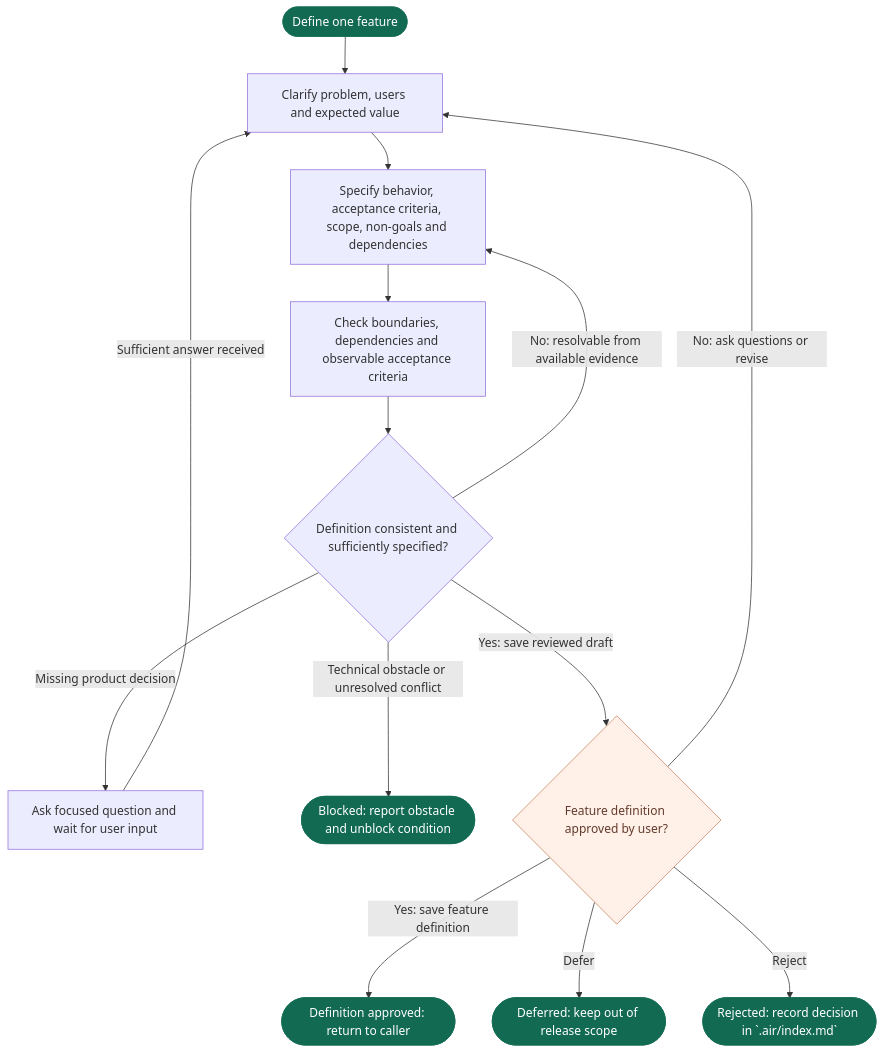
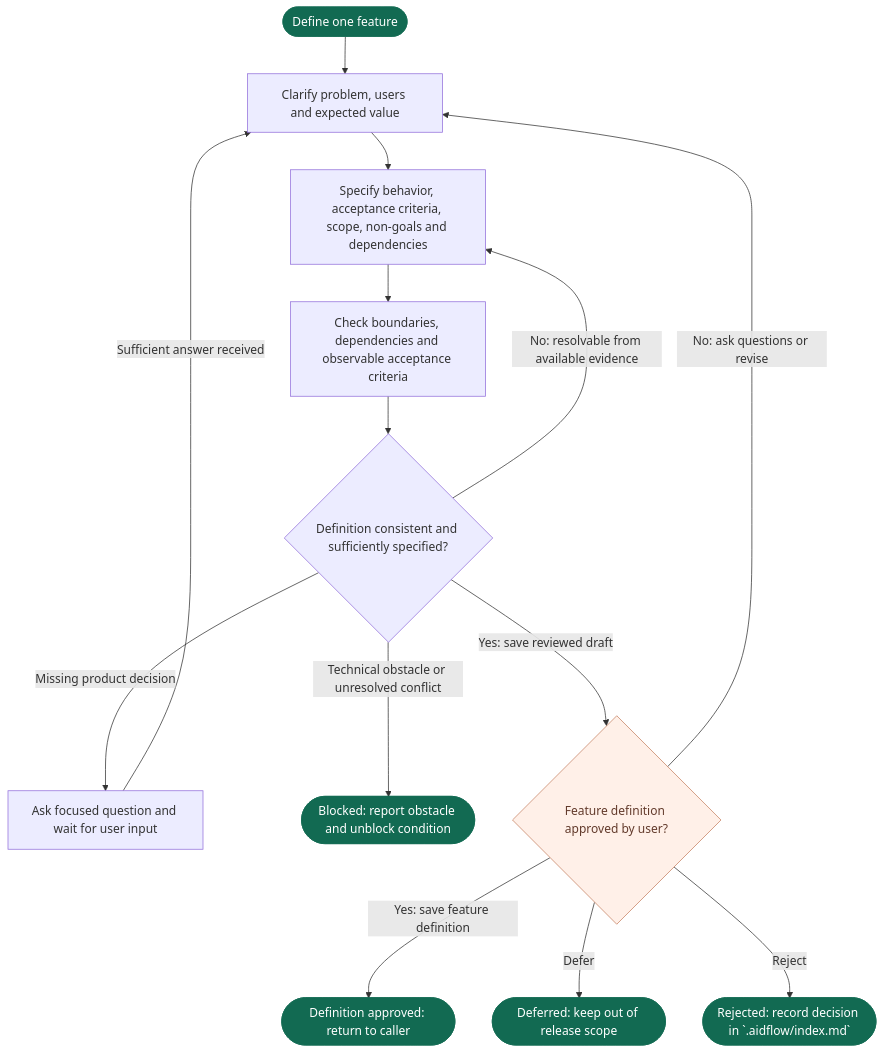
Before and after one commit to vanlangenlabs/aidflow: the diagram in flows/definition.mmd, drawn with Mermaid. The commit also changed 23 other files, not shown here.

Commit message:
Rename AIRFlow to AIDFlow and migrate workspace paths

```diff
--- a/flows/definition.mmd
+++ b/flows/definition.mmd
@@ -1,54 +1,54 @@
 flowchart TD
     start([Define one feature]) --> clarify[Clarify problem, users and expected value]
     clarify --> specify[Specify behavior, acceptance criteria, scope, non-goals and dependencies]
-%% @airflow-context specify
+%% @aidflow-context specify
 %% Write one independently deliverable feature Definition using the canonical
 %% record outline below. Make acceptance criteria observable and
 %% testable; record dependencies, constraints, non-goals and unresolved questions.
 
-%% Record path: `.air/features/<feature-id>/definition.md`.
+%% Record path: `.aidflow/features/<feature-id>/definition.md`.
 %% Record outline: Proposal source; Problem and user outcome; In scope; Out of scope; Acceptance criteria; Dependencies and constraints; Open questions; Decisions and evidence.
 %% Mutable statuses belong in the index. Example IDs and versions are placeholders.
-%% @end-airflow-context
+%% @end-aidflow-context
     specify --> review[Check boundaries, dependencies and observable acceptance criteria]
     review --> quality{Definition consistent and sufficiently specified?}
     quality -- No: resolvable from available evidence --> specify
     quality -- Missing product decision --> awaitingInput[Ask focused question and wait for user input]
     awaitingInput -- Sufficient answer received --> clarify
     quality -- Technical obstacle or unresolved conflict --> blocked([Blocked: report obstacle and unblock condition])
-%% @airflow-context awaitingInput
-%% Follow the Question protocol in `reference/interaction.md` (relative to airflow.md).
+%% @aidflow-context awaitingInput
+%% Follow the Question protocol in `reference/interaction.md` (relative to aidflow.md).
 %% Save interaction awaiting-input, execution waiting-human, this node and the
-%% caller stack in `.air/index.md`. Keep the Definition draft; do not return to
+%% caller stack in `.aidflow/index.md`. Keep the Definition draft; do not return to
 %% the caller while waiting. Partial answers stay here. Once sufficient input
 %% arrives, return to clarify, revise and self-review before requesting approval.
-%% @end-airflow-context
+%% @end-aidflow-context
     quality -- Yes: save reviewed draft --> definitionApproval{Feature definition approved by user?}
-%% @airflow-context review
+%% @aidflow-context review
 %% Resolve omissions from existing approved context where possible. Ensure each
 %% acceptance criterion is observable, scope/non-goals agree, dependencies are
 %% explicit and no unresolved question prevents design. Never invent requirements
 %% or ask the human to perform this completeness check for the AI.
-%% @end-airflow-context
+%% @end-aidflow-context
     definitionApproval -- No: ask questions or revise --> clarify
     definitionApproval -- Yes: save feature definition --> definitionReady([Definition approved: return to caller])
     definitionApproval -- Defer --> deferred([Deferred: keep out of release scope])
-    definitionApproval -- Reject --> rejected([Rejected: record decision in `.air/index.md`])
-%% @airflow-context definitionApproval
+    definitionApproval -- Reject --> rejected([Rejected: record decision in `.aidflow/index.md`])
+%% @aidflow-context definitionApproval
 %% Initial approval permits backlog entry; revised approval restores selected
 %% status only with valid scope membership, using Project impact rules. Bind
-%% approval to the exact Definition digest and record its evidence in `.air/index.md`
-%% using `reference/approvals.md` (relative to airflow.md). Defer/reject decisions are
+%% approval to the exact Definition digest and record its evidence in `.aidflow/index.md`
+%% using `reference/approvals.md` (relative to aidflow.md). Defer/reject decisions are
 %% recorded but never included in a release scope.
 
 %% Feature transitions owned by this phase:
 %% - `clarifying` -> `backlog`: Human approves the exact Definition; no valid active release membership remains.
 %% - `clarifying` -> `selected`: Revised Definition approved; feature remains in a valid approved scope. Revalidate dependent Design before work.
 %% - `clarifying` -> `deferred` / `rejected`: Explicit human decision; unapproved Definition stays `draft`. Re-scope any containing release before continuing.
 %% - `backlog` / `selected` / `implementing` / `verifying` / `verified` -> `clarifying`: Material Definition change; invalidate its approval and assess dependent scope/Design/checks.
-%% @end-airflow-context
+%% @end-aidflow-context
 
     classDef boundary fill:#126a52,color:#ffffff,stroke:#126a52
     classDef approval fill:#fff0e8,color:#633b2c,stroke:#c68162
     class start,definitionReady,deferred,rejected,blocked boundary
     class definitionApproval approval
```
